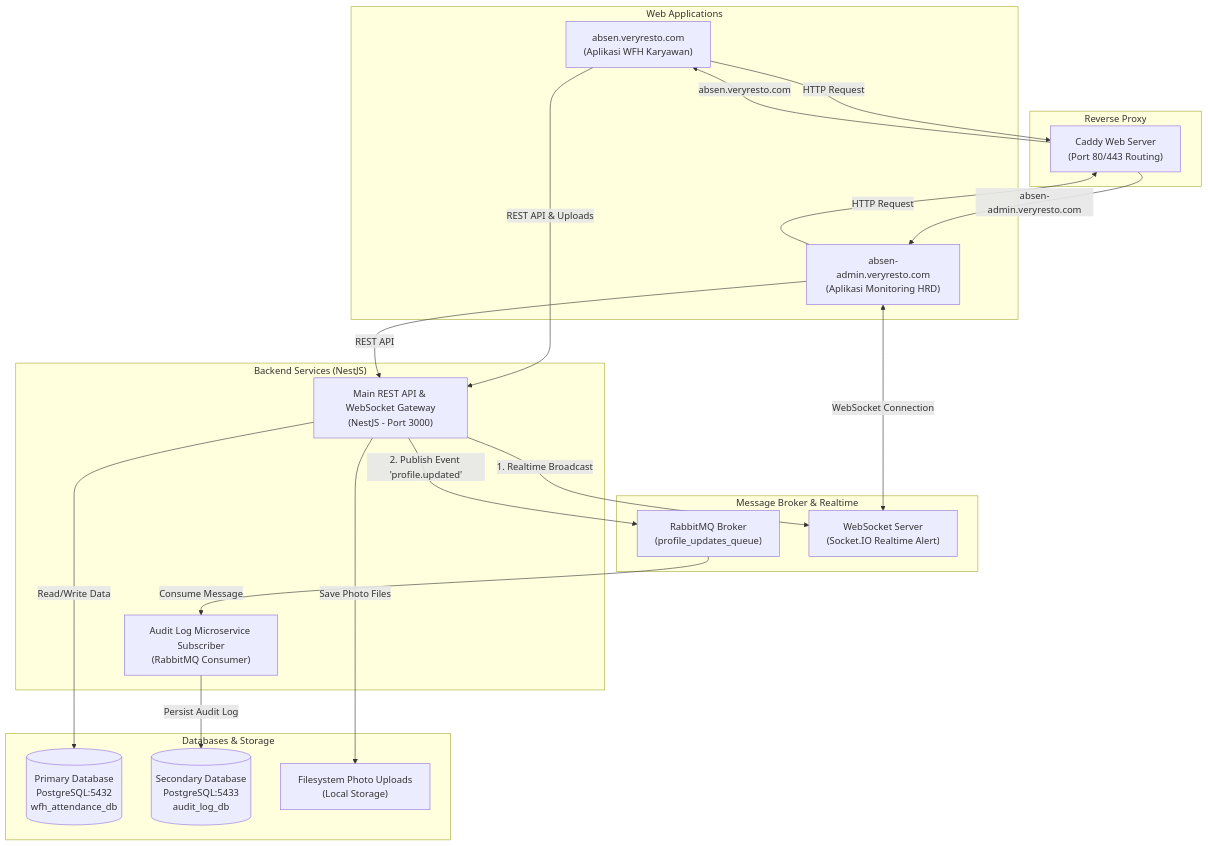
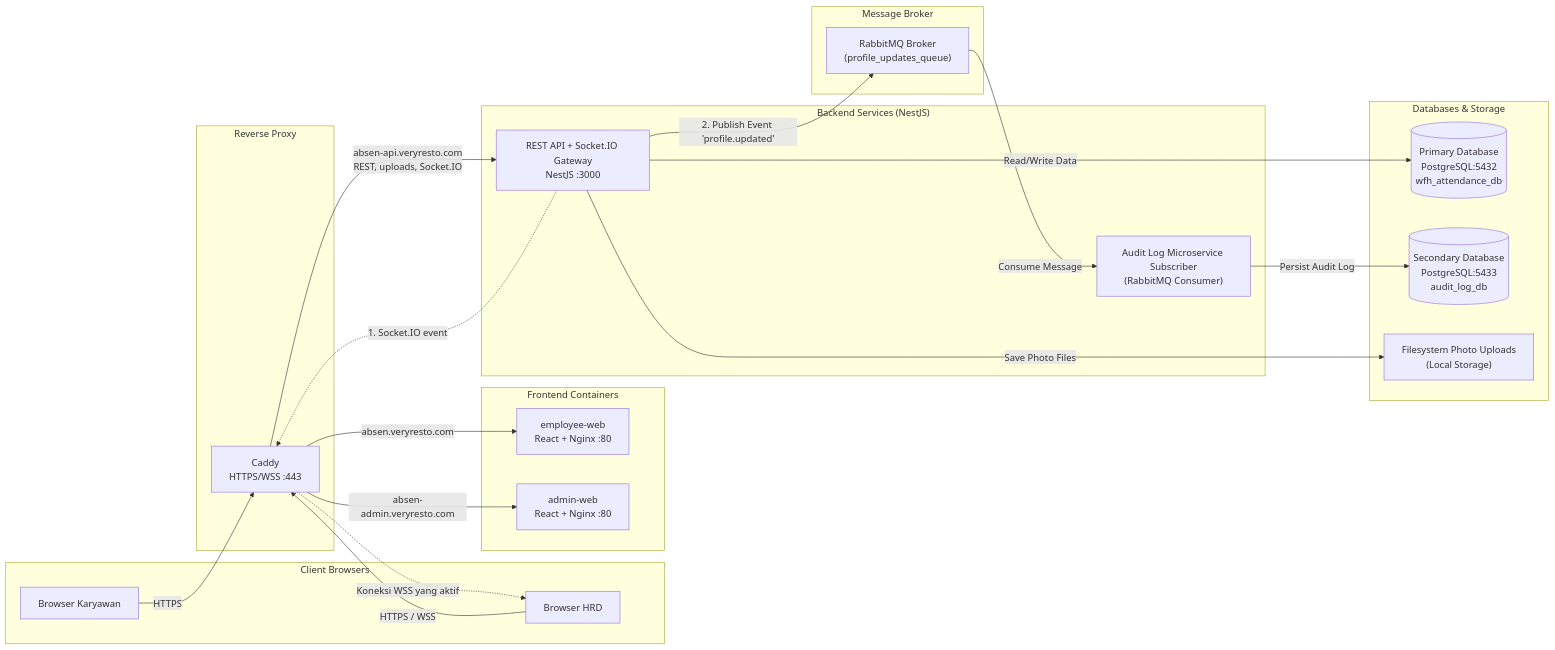
Before and after one commit to veryresto/absensi-kantor: the diagram in docs/architecture.md, drawn with Mermaid. The commit also changed other lines of this file, not shown here.

Commit message:
docs: update architecture diagram and routing descriptions

````diff
--- a/docs/architecture.md
+++ b/docs/architecture.md
@@ -9,48 +9,51 @@
 ```mermaid
-flowchart TD
-    subgraph Clients ["Web Applications"]
-        A["absen.veryresto.com<br/>(Aplikasi WFH Karyawan)"]
-        B["absen-admin.veryresto.com<br/>(Aplikasi Monitoring HRD)"]
+flowchart LR
+    subgraph Clients ["Client Browsers"]
+        EmployeeBrowser["Browser Karyawan"]
+        AdminBrowser["Browser HRD"]
     end
 
     subgraph Proxy ["Reverse Proxy"]
-        Caddy["Caddy Web Server<br/>(Port 80/443 Routing)"]
+        Caddy["Caddy<br/>HTTPS/WSS :443"]
+    end
+
+    subgraph Frontends ["Frontend Containers"]
+        EmployeeWeb["employee-web<br/>React + Nginx :80"]
+        AdminWeb["admin-web<br/>React + Nginx :80"]
     end
 
     subgraph BackendServices ["Backend Services (NestJS)"]
-        API["Main REST API & WebSocket Gateway<br/>(NestJS - Port 3000)"]
+        API["REST API + Socket.IO Gateway<br/>NestJS :3000"]
         MQ_Sub["Audit Log Microservice Subscriber<br/>(RabbitMQ Consumer)"]
     end
 
-    subgraph Broker ["Message Broker & Realtime"]
+    subgraph Broker ["Message Broker"]
         RMQ["RabbitMQ Broker<br/>(profile_updates_queue)"]
-        WS["WebSocket Server<br/>(Socket.IO Realtime Alert)"]
     end
 
     subgraph Storage ["Databases & Storage"]
         DB1[("Primary Database<br/>PostgreSQL:5432<br/>wfh_attendance_db")]
         DB2[("Secondary Database<br/>PostgreSQL:5433<br/>audit_log_db")]
         FS["Filesystem Photo Uploads<br/>(Local Storage)"]
     end
 
-    %% Client Routing
-    A -->|HTTP Request| Caddy
-    B -->|HTTP Request| Caddy
-    Caddy -->|absen.veryresto.com| A
-    Caddy -->|absen-admin.veryresto.com| B
+    %% Browser requests enter through Caddy
+    EmployeeBrowser -->|"HTTPS"| Caddy
+    AdminBrowser -->|"HTTPS / WSS"| Caddy
 
-    %% API Connections
-    A -->|REST API & Uploads| API
-    B -->|REST API| API
-    B <-->|WebSocket Connection| WS
+    %% Host-based routing
+    Caddy -->|"absen.veryresto.com"| EmployeeWeb
+    Caddy -->|"absen-admin.veryresto.com"| AdminWeb
+    Caddy -->|"absen-api.veryresto.com<br/>REST, uploads, Socket.IO"| API
 
     %% Primary Data Flow
     API -->|Read/Write Data| DB1
     API -->|Save Photo Files| FS
 
     %% Profile Update Event Flow
-    API -->|1. Realtime Broadcast| WS
+    API -.->|"1. Socket.IO event"| Caddy
+    Caddy -.->|"Koneksi WSS yang aktif"| AdminBrowser
     API -->|2. Publish Event 'profile.updated'| RMQ
     RMQ -->|Consume Message| MQ_Sub
     MQ_Sub -->|Persist Audit Log| DB2
 ```
````
